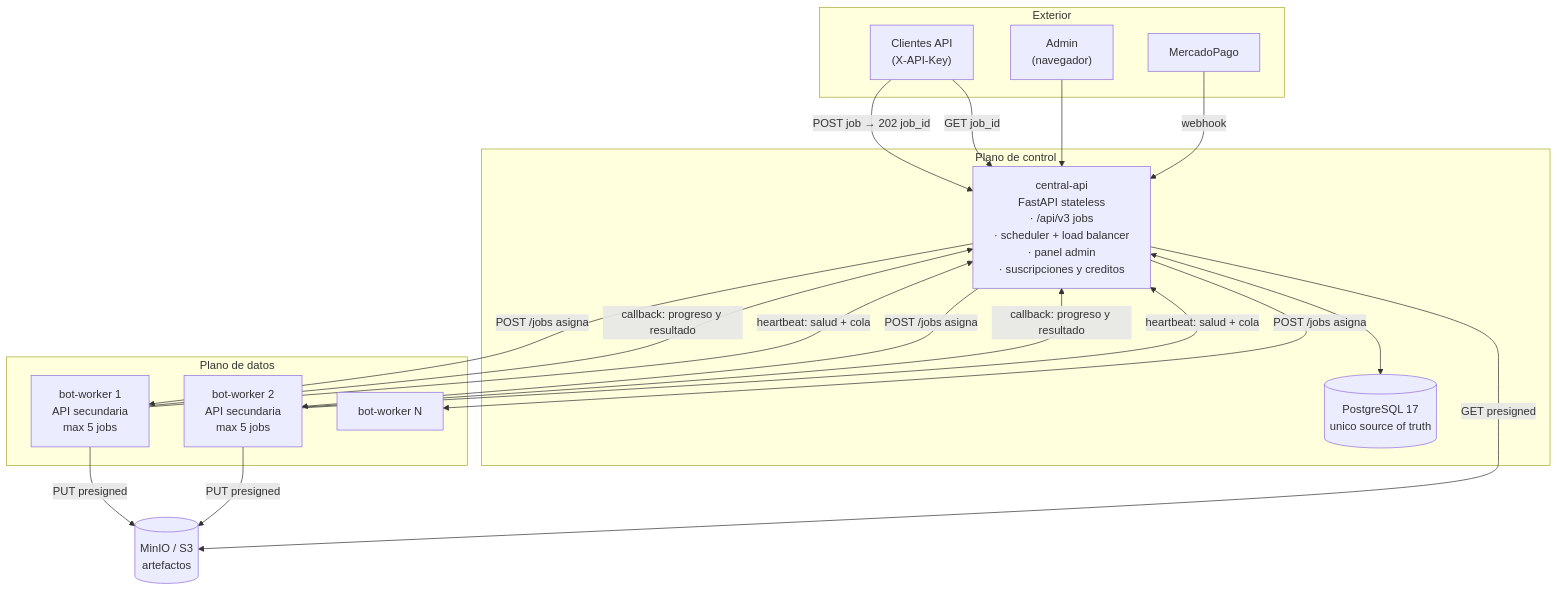
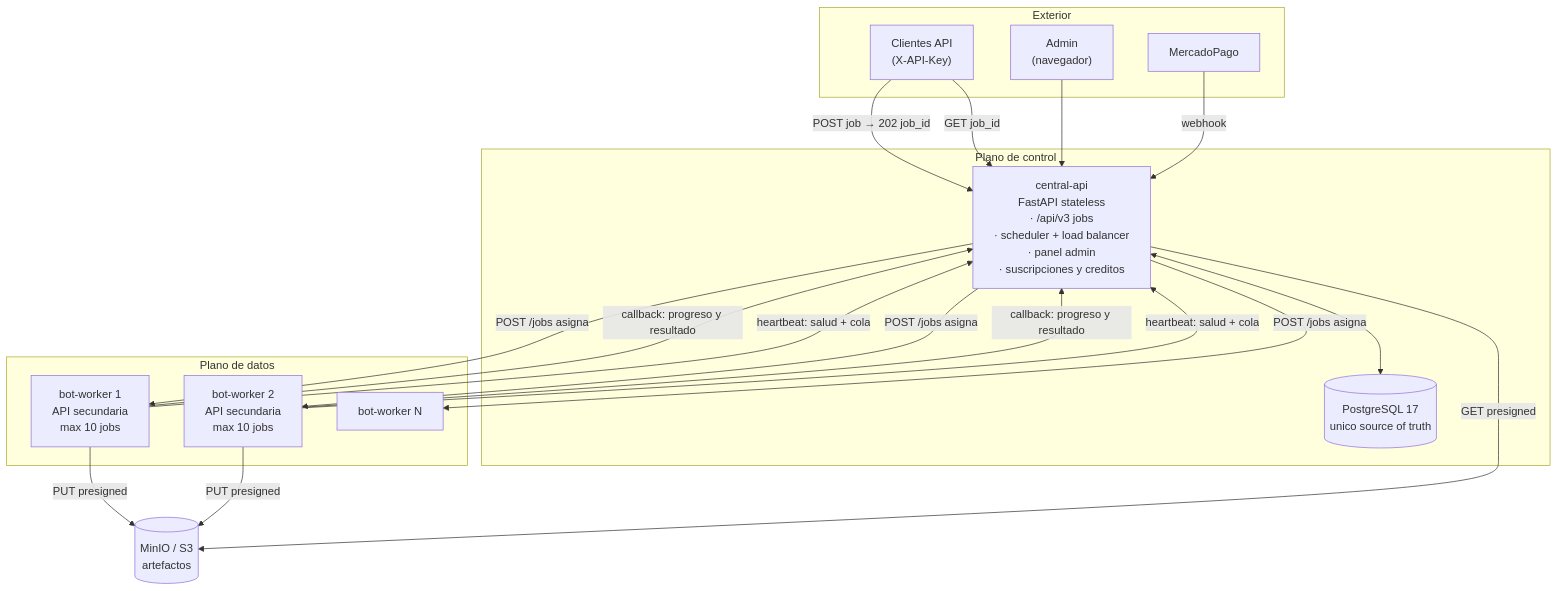
Before and after one commit to abustosp/api-bots-mrbot-v3: the first of 5 diagrams in plan.md, drawn with Mermaid. The commit also changed other lines of this file and 46 other files, not shown here.

````diff
--- a/plan.md
+++ b/plan.md
@@ -67,37 +67,37 @@
 ```mermaid
 graph TB
     subgraph ext["Exterior"]
         CLI["Clientes API<br/>(X-API-Key)"]
         ADM["Admin<br/>(navegador)"]
         MP["MercadoPago"]
     end
 
     subgraph core["Plano de control"]
         API["central-api<br/>FastAPI stateless<br/>· /api/v3 jobs<br/>· scheduler + load balancer<br/>· panel admin<br/>· suscripciones y creditos"]
         PG[("PostgreSQL 17<br/>unico source of truth")]
     end
 
     subgraph data["Plano de datos"]
-        W1["bot-worker 1<br/>API secundaria<br/>max 5 jobs"]
-        W2["bot-worker 2<br/>API secundaria<br/>max 5 jobs"]
+        W1["bot-worker 1<br/>API secundaria<br/>max 10 jobs"]
+        W2["bot-worker 2<br/>API secundaria<br/>max 10 jobs"]
         WN["bot-worker N"]
     end
 
     OBJ[("MinIO / S3<br/>artefactos")]
 
     CLI -->|"POST job → 202 job_id"| API
     CLI -->|"GET job_id"| API
     ADM --> API
     MP -->|webhook| API
     API <--> PG
     API -->|"POST /jobs asigna"| W1
     API -->|"POST /jobs asigna"| W2
     API -->|"POST /jobs asigna"| WN
     W1 -->|"callback: progreso y resultado"| API
     W2 -->|"callback: progreso y resultado"| API
     W1 -->|"heartbeat: salud + cola"| API
     W2 -->|"heartbeat: salud + cola"| API
     W1 -->|"PUT presigned"| OBJ
     W2 -->|"PUT presigned"| OBJ
     API -->|"GET presigned"| OBJ
 ```
````
